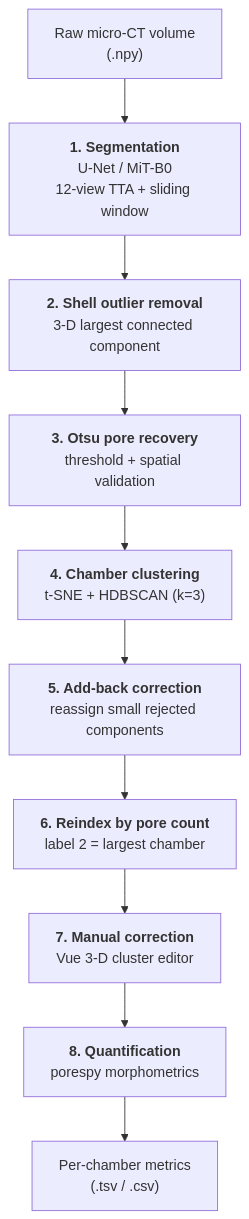
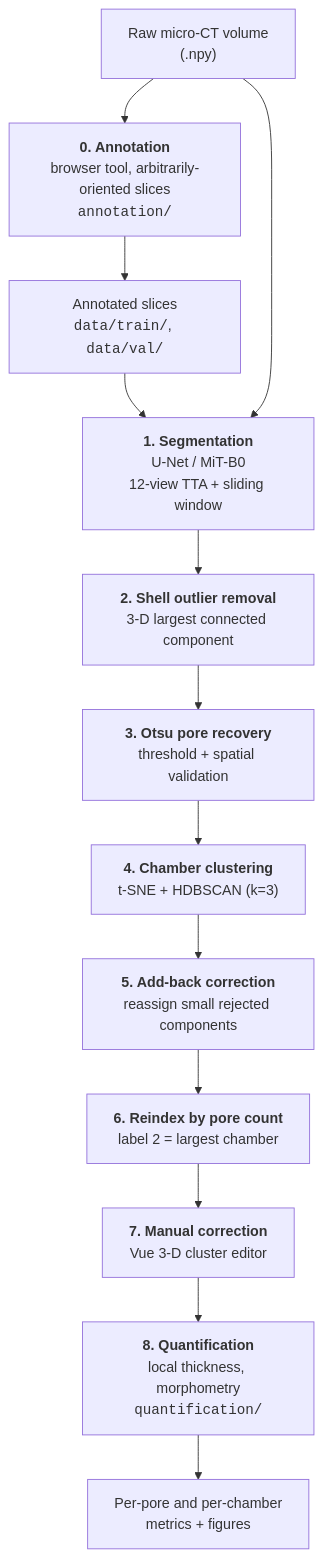
Before and after one commit to Slangevar/foram_pore_pipeline: the diagram in README.md, drawn with Mermaid. The commit also changed other lines of this file and 12 other files, not shown here.

````diff
--- a/README.md
+++ b/README.md
@@ -11,12 +11,15 @@
 ```mermaid
 flowchart TD
-    A["Raw micro-CT volume<br/>(.npy)"] --> B["<b>1. Segmentation</b><br/>U-Net / MiT-B0<br/>12-view TTA + sliding window"]
+    V["Raw micro-CT volume<br/>(.npy)"] --> A["<b>0. Annotation</b><br/>browser tool, arbitrarily-oriented slices<br/><code>annotation/</code>"]
+    A --> TD["Annotated slices<br/><code>data/train/</code>, <code>data/val/</code>"]
+    TD --> B
+    V --> B["<b>1. Segmentation</b><br/>U-Net / MiT-B0<br/>12-view TTA + sliding window"]
     B --> C["<b>2. Shell outlier removal</b><br/>3-D largest connected component"]
     C --> D["<b>3. Otsu pore recovery</b><br/>threshold + spatial validation"]
     D --> E["<b>4. Chamber clustering</b><br/>t-SNE + HDBSCAN (k=3)"]
     E --> F["<b>5. Add-back correction</b><br/>reassign small rejected components"]
     F --> G["<b>6. Reindex by pore count</b><br/>label 2 = largest chamber"]
     G --> H["<b>7. Manual correction</b><br/>Vue 3-D cluster editor"]
-    H --> I["<b>8. Quantification</b><br/>porespy morphometrics"]
-    I --> J["Per-chamber metrics<br/>(.tsv / .csv)"]
+    H --> I["<b>8. Quantification</b><br/>local thickness, morphometry<br/><code>quantification/</code>"]
+    I --> J["Per-pore and per-chamber<br/>metrics + figures"]
 ```
````
